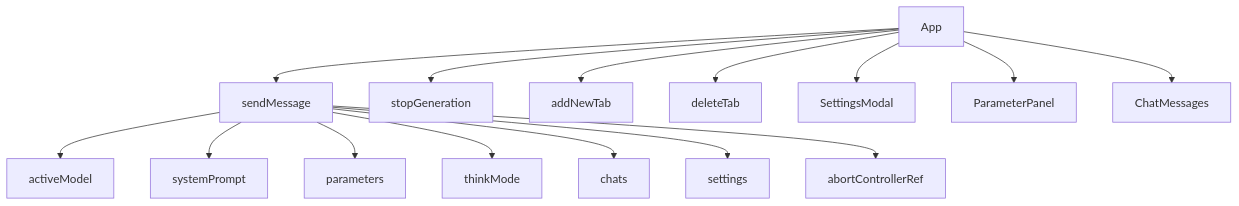
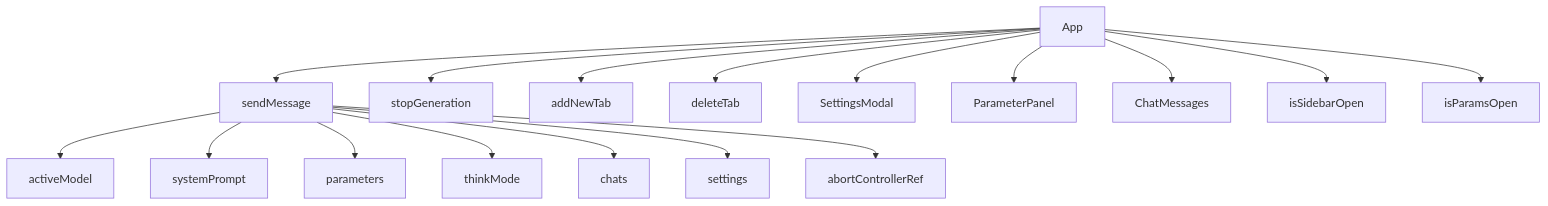
One commit to DovahkiinYuzuko/ddo-saba changed the diagram in docs/variables'n'functions/[TypeScript]app.md. Above: the diagram before and after it, drawn with Mermaid. The commit also changed other lines of this file and 5 other files, not shown here.

````diff
--- a/docs/variables'n'functions/[TypeScript]app.md
+++ b/docs/variables'n'functions/[TypeScript]app.md
@@ -124,18 +132,21 @@
 ```mermaid
 graph TD
     App --> sendMessage
     App --> stopGeneration
     App --> addNewTab
     App --> deleteTab
     App --> SettingsModal
     App --> ParameterPanel
     App --> ChatMessages
-    
+
+    App --> isSidebarOpen
+    App --> isParamsOpen
+
     sendMessage --> activeModel
     sendMessage --> systemPrompt
     sendMessage --> parameters
     sendMessage --> thinkMode
     sendMessage --> chats
     sendMessage --> settings
     sendMessage --> abortControllerRef
 ```
````
